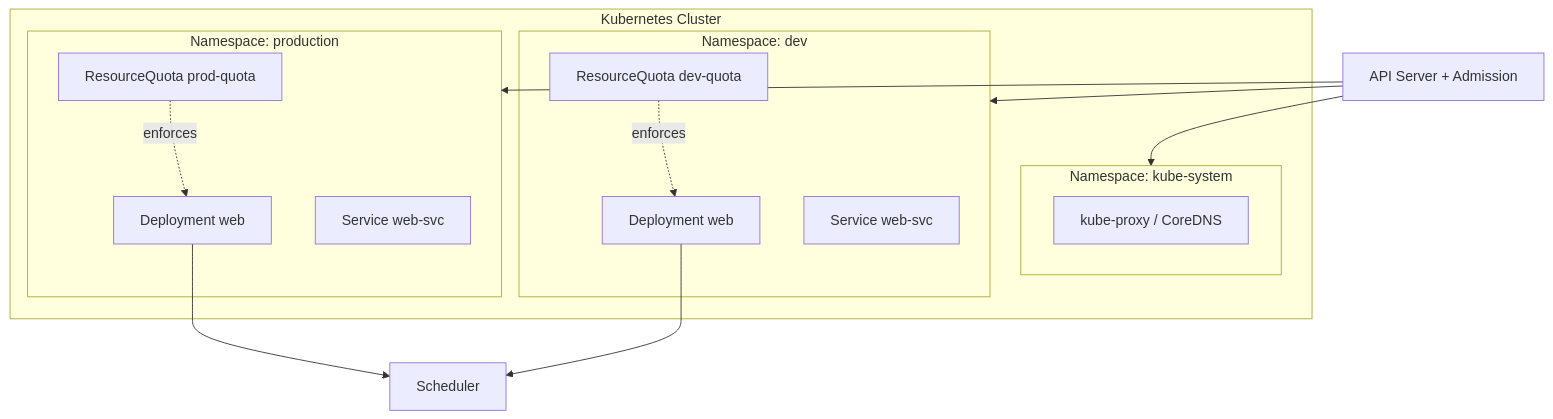
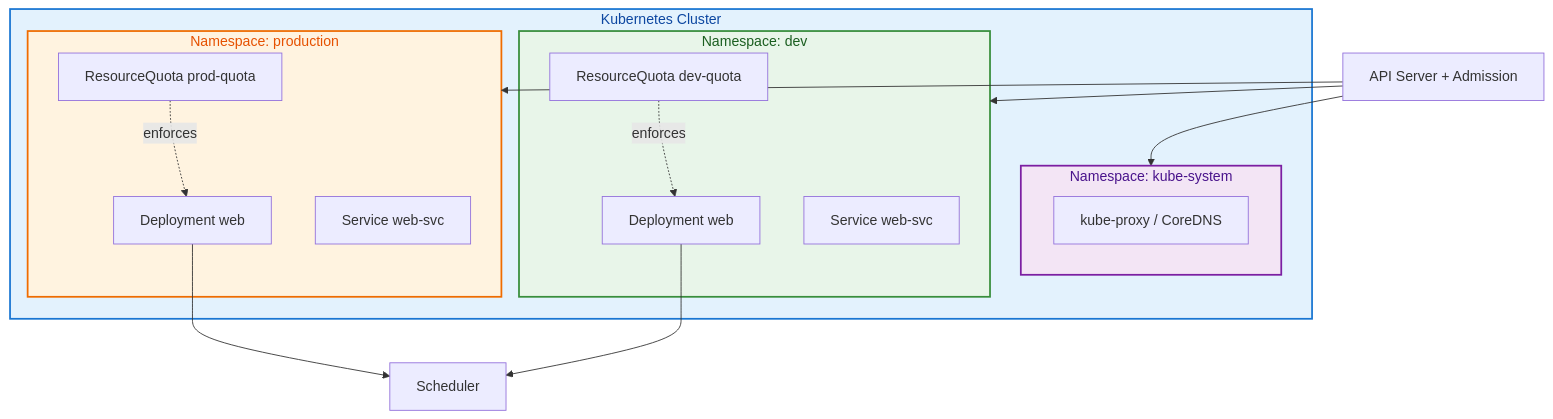
One commit to rebash-rebash/rebash-academy changed the diagram in docs/kubernetes/namespaces-and-resource-management.md. Above: the diagram before and after it, drawn with Mermaid. The commit also changed 66 other files, not shown here.

First line of the commit message:
Render Mermaid diagrams as build-time SVGs and fix Learning Paths nav.

````diff
--- a/docs/kubernetes/namespaces-and-resource-management.md
+++ b/docs/kubernetes/namespaces-and-resource-management.md
@@ -56,29 +56,33 @@
 ```mermaid
 flowchart TB
     subgraph Cluster["Kubernetes Cluster"]
         subgraph NS_DEV["Namespace: dev"]
             D1[Deployment web]
             S1[Service web-svc]
             Q1[ResourceQuota dev-quota]
         end
         subgraph NS_PROD["Namespace: production"]
             D2[Deployment web]
             S2[Service web-svc]
             Q2[ResourceQuota prod-quota]
         end
         subgraph NS_SYS["Namespace: kube-system"]
             K["kube-proxy / CoreDNS"]
         end
     end
 
     API[API Server + Admission]
     SCH[Scheduler]
 
     API --> NS_DEV
     API --> NS_PROD
     API --> NS_SYS
     D1 --> SCH
     D2 --> SCH
     Q1 -.->|enforces| D1
     Q2 -.->|enforces| D2
+    style Cluster fill:#e3f2fd,stroke:#1976d2,stroke-width:2px,color:#0d47a1
+    style NS_DEV fill:#e8f5e9,stroke:#388e3c,stroke-width:2px,color:#1b5e20
+    style NS_PROD fill:#fff3e0,stroke:#ef6c00,stroke-width:2px,color:#e65100
+    style NS_SYS fill:#f3e5f5,stroke:#7b1fa2,stroke-width:2px,color:#4a148c
 ```
````
